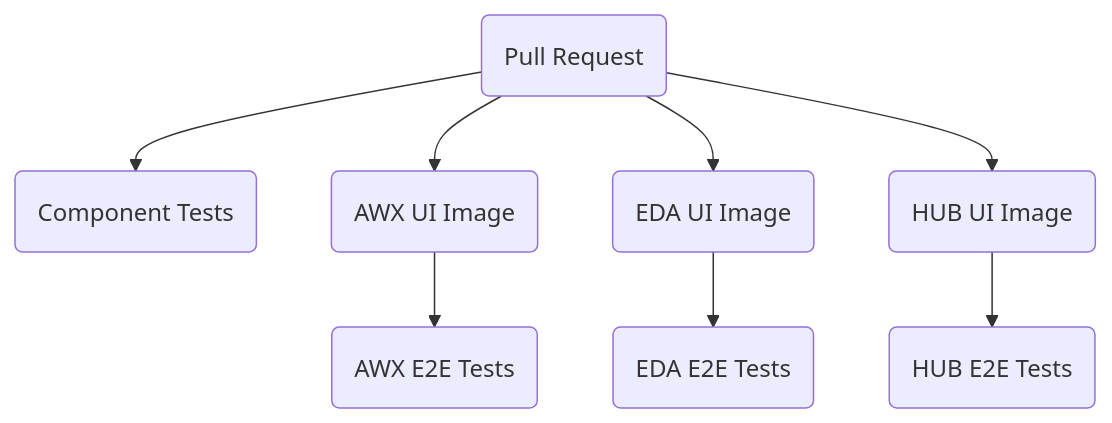
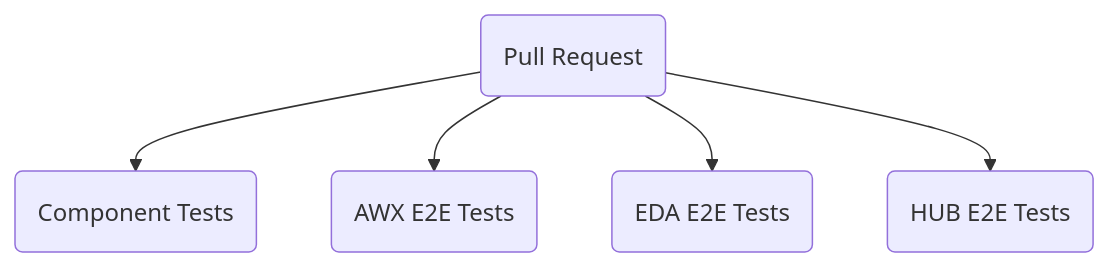
Before and after one commit to ansible/ansible-ui: the first of 2 diagrams in docs/Testing Strategy.md, drawn with Mermaid. The commit also changed other lines of this file, not shown here.

Commit message:
Documentation

````diff
--- a/docs/Testing Strategy.md
+++ b/docs/Testing Strategy.md
@@ -11,7 +11,7 @@
 ```mermaid
 flowchart TD
 PR(Pull Request) --> Component(Component Tests)
-PR --> AWX_IMAGE(AWX UI Image) --> AWX_E2E(AWX E2E Tests)
-PR --> EDA_IMAGE(EDA UI Image) --> EDA_E2E(EDA E2E Tests)
-PR --> HUB_IMAGE(HUB UI Image) --> HUB_E2E(HUB E2E Tests)
+PR --> AWX_E2E(AWX E2E Tests)
+PR --> EDA_E2E(EDA E2E Tests)
+PR --> HUB_E2E(HUB E2E Tests)
 ```
````
